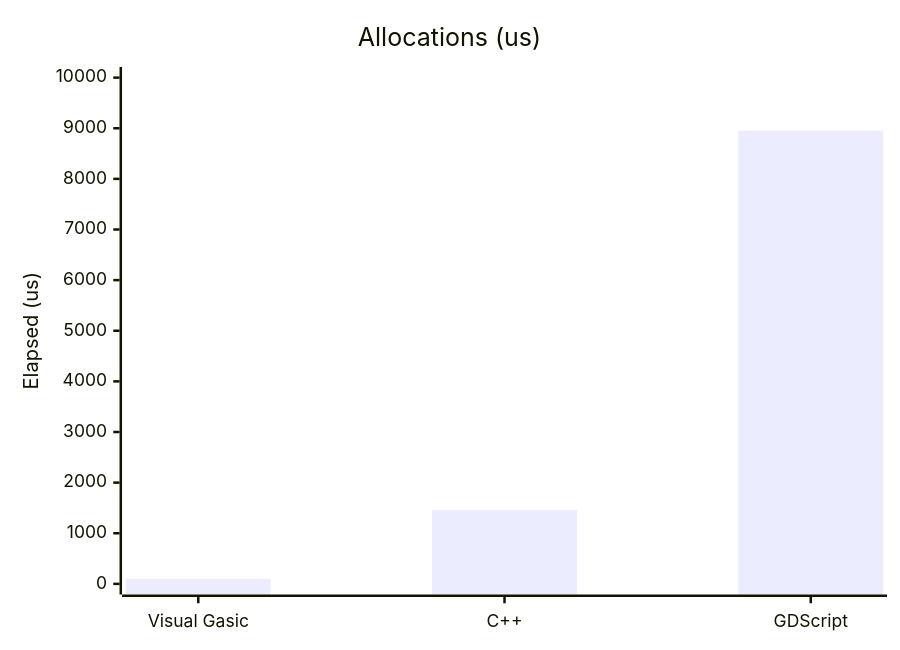
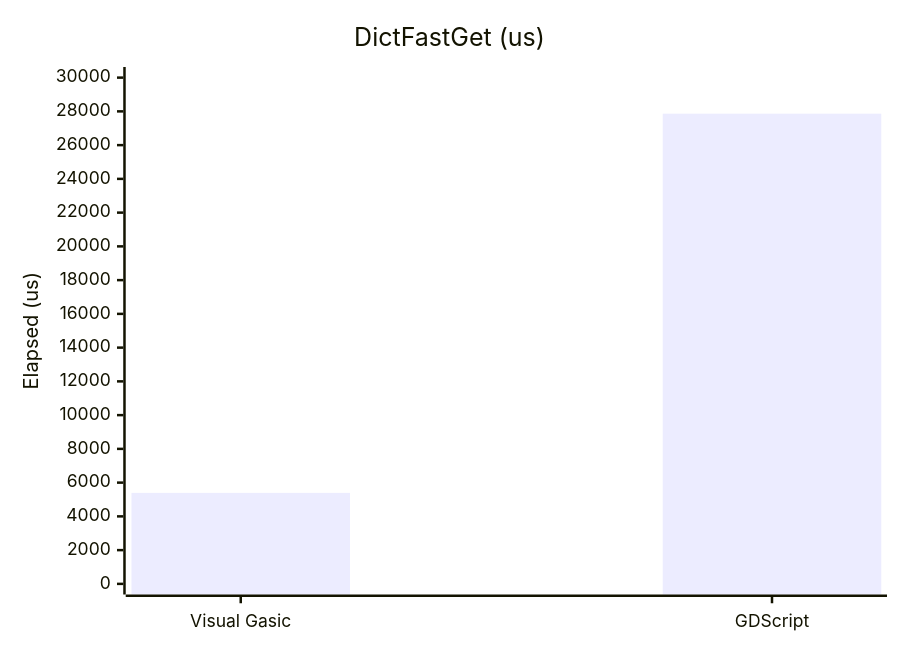
Before and after one commit to xgreenrx-star/VisualGasic: the seventh of 10 diagrams in docs/manual/performance.md, drawn with Mermaid. The commit also changed other lines of this file and 5 other files, not shown here.

````diff
--- a/docs/manual/performance.md
+++ b/docs/manual/performance.md
@@ -125,7 +122,7 @@
 ```mermaid
 xychart-beta
-    title "Allocations (us)"
-    x-axis ["Visual Gasic","C++","GDScript"]
-    y-axis "Elapsed (us)" 0 --> 10000
-    bar [100,1456,8953]
+    title "DictFastGet (us)"
+    x-axis ["Visual Gasic","GDScript"]
+    y-axis "Elapsed (us)" 0 --> 30000
+    bar [5392,27862]
 ```
````
